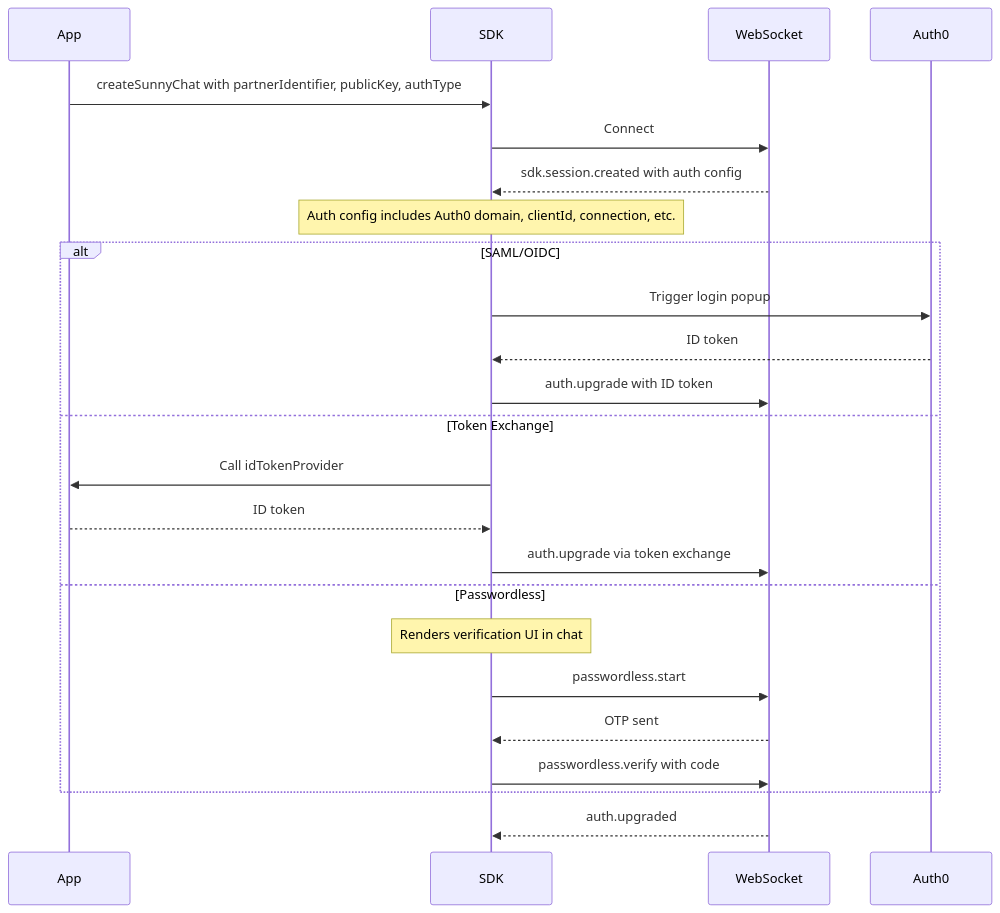
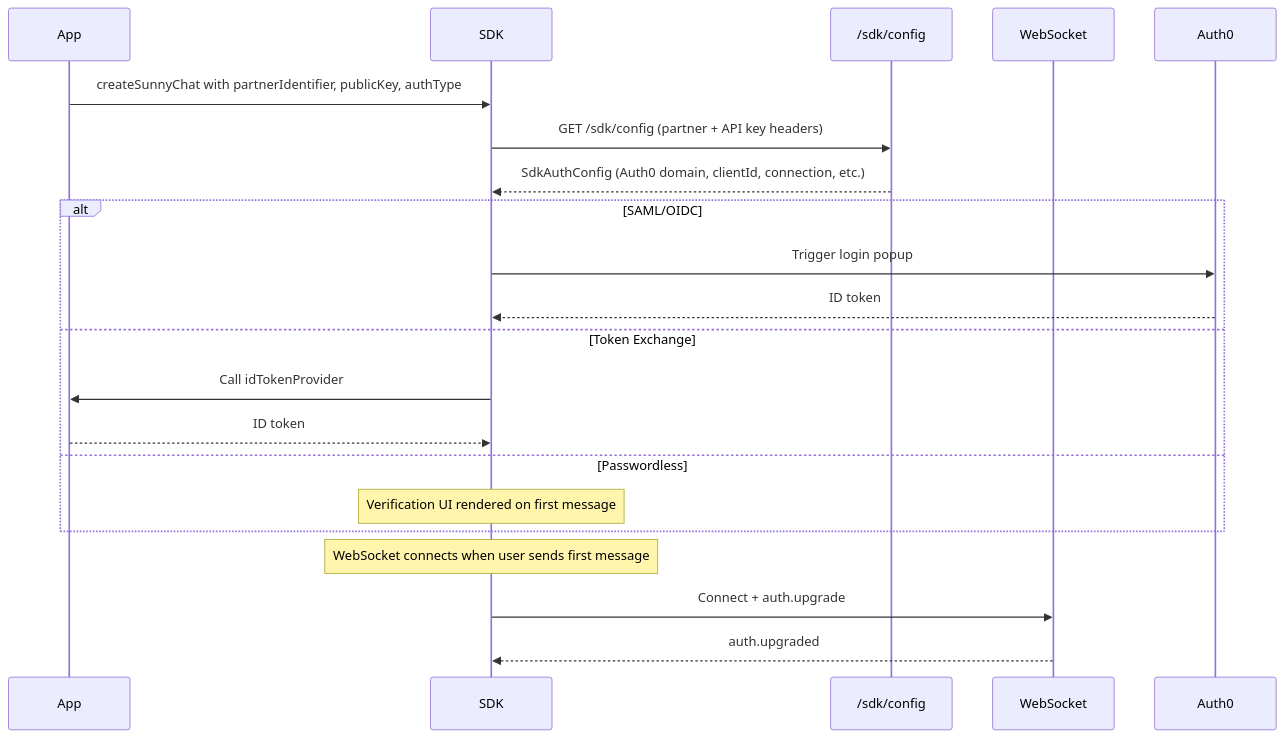
Before and after one commit to sunnyhealthai/docs: the diagram in fern/docs/pages/capabilities/authentication.mdx, drawn with Mermaid. The commit also changed other lines of this file and 18 other files, not shown here.

````diff
--- a/fern/docs/pages/capabilities/authentication.mdx
+++ b/fern/docs/pages/capabilities/authentication.mdx
@@ -132,29 +87,26 @@
 ```mermaid
 sequenceDiagram
     participant App
     participant SDK
+    participant ConfigAPI as /sdk/config
     participant WebSocket
     participant Auth0
 
     App->>SDK: createSunnyChat with partnerIdentifier, publicKey, authType
-    SDK->>WebSocket: Connect
-    WebSocket-->>SDK: sdk.session.created with auth config
-    Note over SDK: Auth config includes Auth0 domain, clientId, connection, etc.
+    SDK->>ConfigAPI: GET /sdk/config (partner + API key headers)
+    ConfigAPI-->>SDK: SdkAuthConfig (Auth0 domain, clientId, connection, etc.)
 
     alt SAML/OIDC
         SDK->>Auth0: Trigger login popup
         Auth0-->>SDK: ID token
-        SDK->>WebSocket: auth.upgrade with ID token
     else Token Exchange
         SDK->>App: Call idTokenProvider
         App-->>SDK: ID token
-        SDK->>WebSocket: auth.upgrade via token exchange
     else Passwordless
-        Note over SDK: Renders verification UI in chat
-        SDK->>WebSocket: passwordless.start
-        WebSocket-->>SDK: OTP sent
-        SDK->>WebSocket: passwordless.verify with code
+        Note over SDK: Verification UI rendered on first message
     end
 
+    Note over SDK: WebSocket connects when user sends first message
+    SDK->>WebSocket: Connect + auth.upgrade
     WebSocket-->>SDK: auth.upgraded
 ```
````
